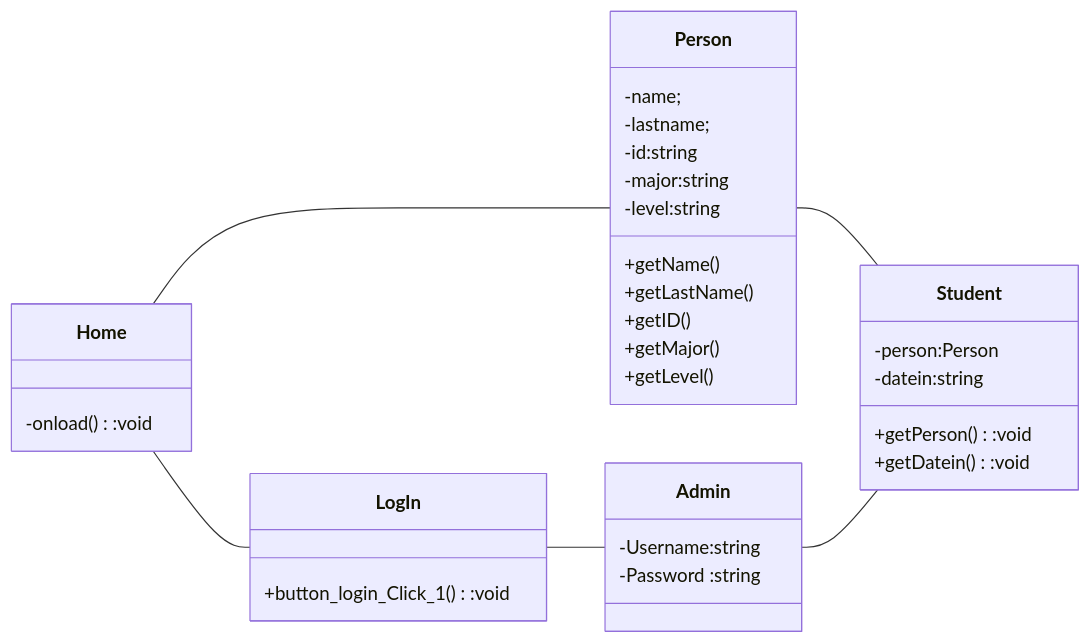
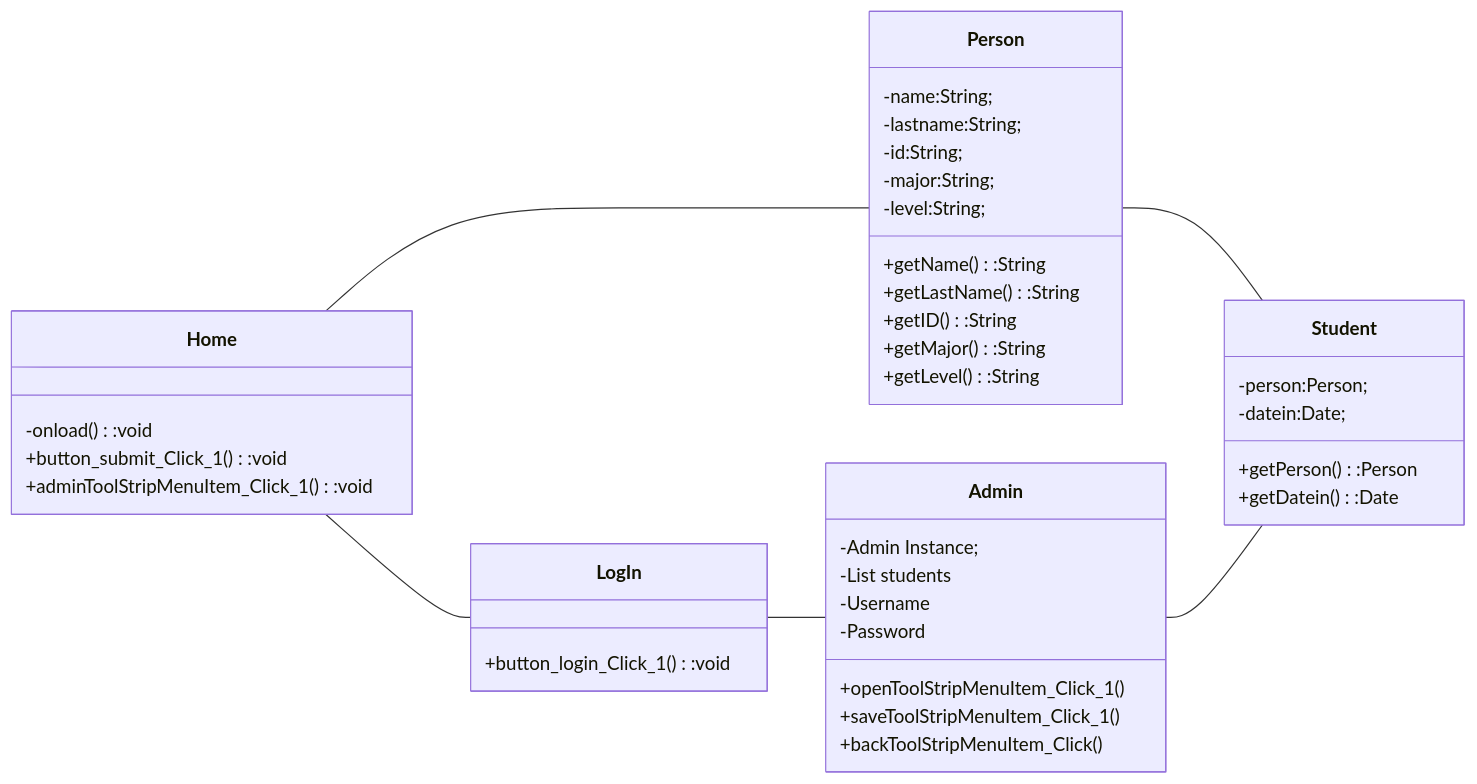
One commit to MDM007MDM/FP changed the diagram in ProjectRoom-main/README.md. Above: the diagram before and after it, drawn with Mermaid.

````diff
--- a/ProjectRoom-main/README.md
+++ b/ProjectRoom-main/README.md
@@ -10,38 +10,46 @@
 ```Mermaid
 classDiagram
   direction LR
   class Home{
   -onload():void 
+  +button_submit_Click_1():void
+  +adminToolStripMenuItem_Click_1():void
 }
   class LogIn{
   +button_login_Click_1():void
   }
   class Admin{
-  -Username:string 
-  -Password :string
+  -Admin Instance;
+  -List<Student> students 
+  -Username 
+  -Password 
+  +openToolStripMenuItem_Click_1()
+  +saveToolStripMenuItem_Click_1()
+  +backToolStripMenuItem_Click()
   }
   class Person{
-  -name;
-  -lastname;
-  -id:string
-  -major:string
-  -level:string
-  +getName()
-  +getLastName()
-  +getID()
-  +getMajor()
-  +getLevel()
+  -name:String;
+  -lastname:String;
+  -id:String;
+  -major:String;
+  -level:String;
+  +getName():String
+  +getLastName():String
+  +getID():String
+  +getMajor():String
+  +getLevel():String
   }
   class Student{
-  -person:Person
-  -datein:string
-  +getPerson():void
-  +getDatein():void
+  -person:Person;
+  -datein:Date;
+  +getPerson():Person
+  +getDatein():Date
   }
    Home -- LogIn
    Home -- Person 
    Person -- Student
-   Log In -- Admin
+   LogIn -- Admin
    Admin -- Student
 
+
 ```
````
